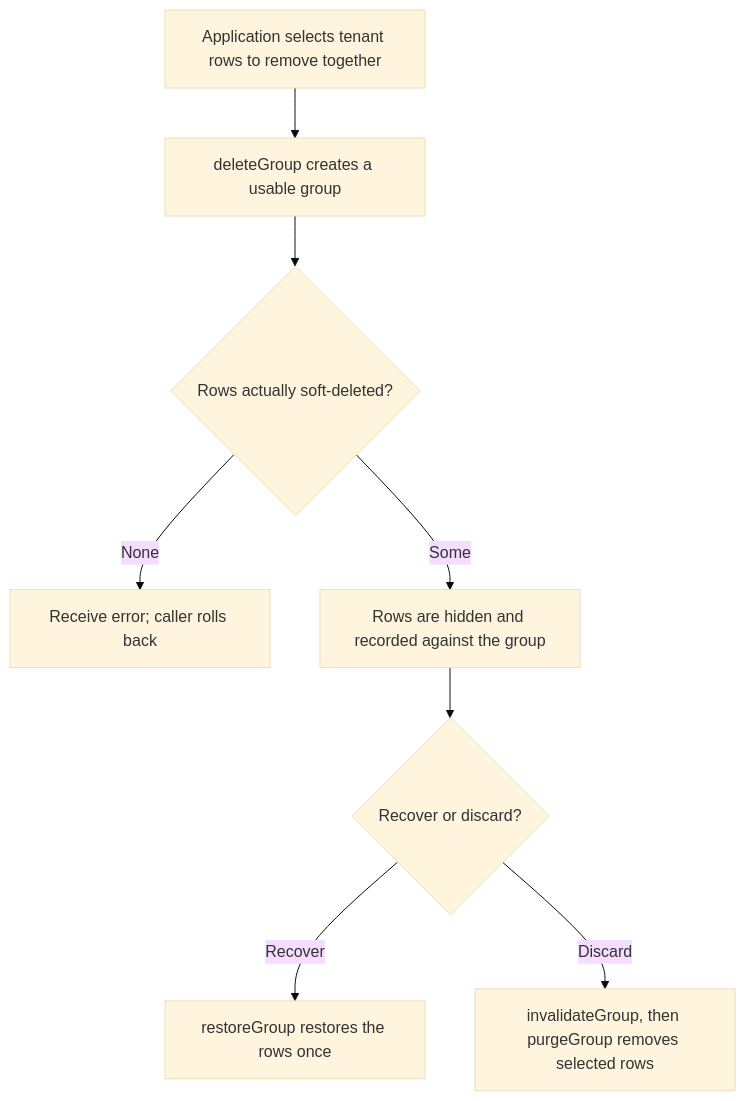
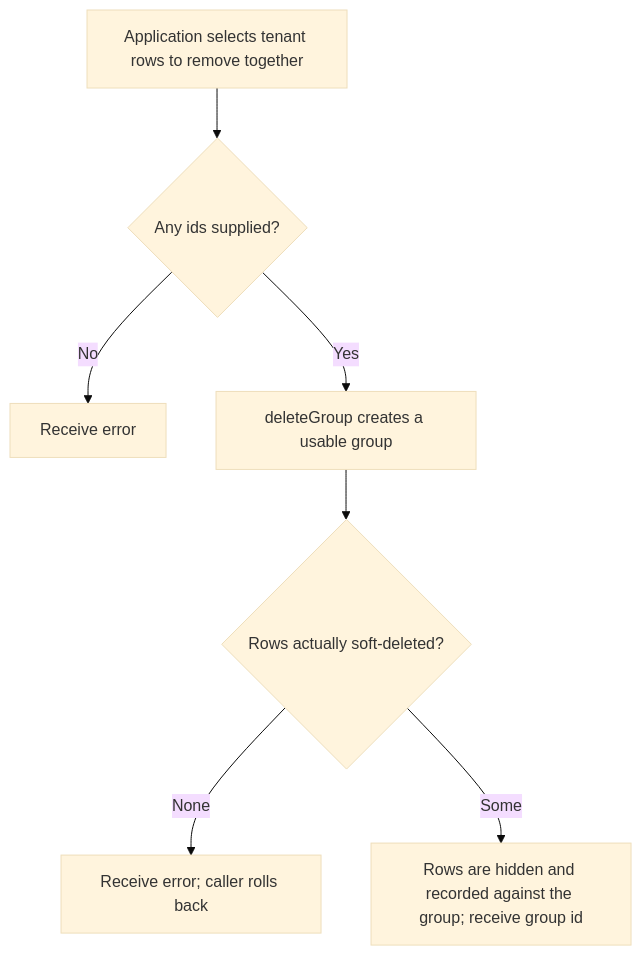
Before and after one commit to Kevinjohn/oss-adonisjs-lucid-soft-delete: the first of 2 diagrams in user-stories/example-apps/us-demo-05-group-recovery.md, drawn with Mermaid (base theme). The commit also changed other lines of this file and 9 other files, not shown here.

````diff
--- a/user-stories/example-apps/us-demo-05-group-recovery.md
+++ b/user-stories/example-apps/us-demo-05-group-recovery.md
@@ -22,10 +22,9 @@
 ```mermaid
 flowchart TD
-    A["Application selects tenant rows to remove together"] --> B["deleteGroup creates a usable group"]
-    B --> C{"Rows actually soft-deleted?"}
-    C -->|None| D["Receive error; caller rolls back"]
-    C -->|Some| E["Rows are hidden and recorded against the group"]
-    E --> F{"Recover or discard?"}
-    F -->|Recover| G["restoreGroup restores the rows once"]
-    F -->|Discard| H["invalidateGroup, then purgeGroup removes selected rows"]
+    A["Application selects tenant rows to remove together"] --> B{"Any ids supplied?"}
+    B -->|No| C["Receive error"]
+    B -->|Yes| D["deleteGroup creates a usable group"]
+    D --> E{"Rows actually soft-deleted?"}
+    E -->|None| F["Receive error; caller rolls back"]
+    E -->|Some| G["Rows are hidden and recorded against the group; receive group id"]
 ```
````
